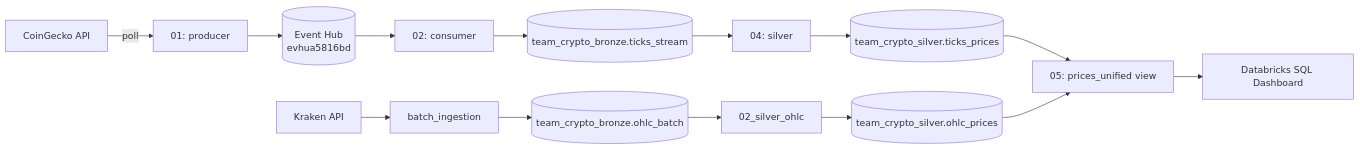
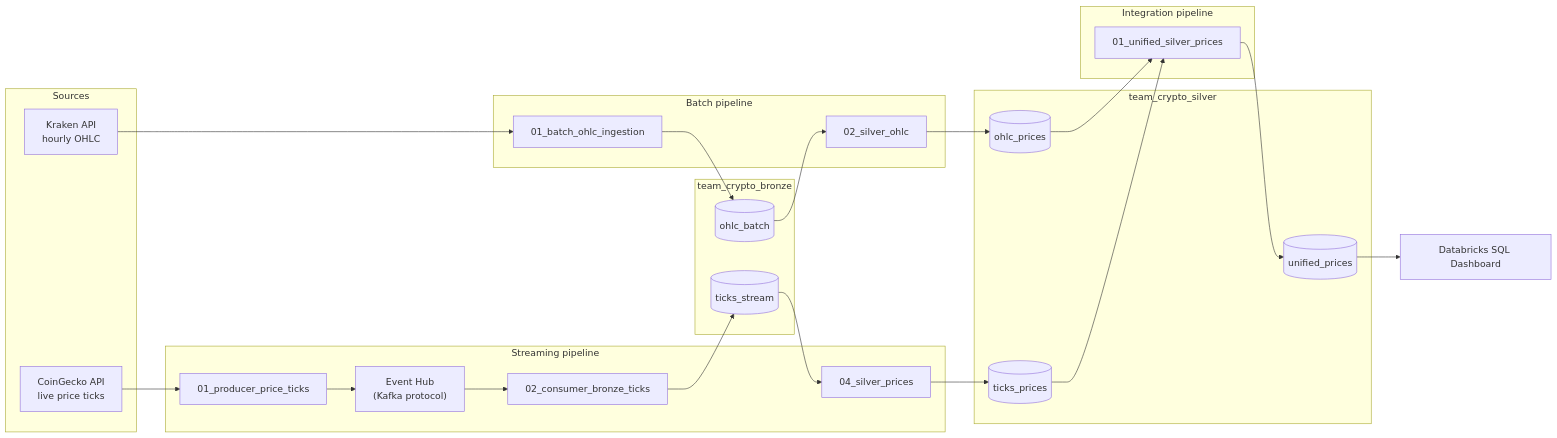
One commit to kkllppll/crypto-demo changed the diagram in README.md. Above: the diagram before and after it, drawn with Mermaid. The commit also changed other lines of this file, not shown here.

````diff
--- a/README.md
+++ b/README.md
@@ -7,18 +7,42 @@
 ```mermaid
 flowchart LR
-    CG[CoinGecko API] -->|poll| P[01: producer]
-    P --> EH[(Event Hub<br/>evhua5816bd)]
-    EH --> C[02: consumer]
-    C --> BT[(team_crypto_bronze.ticks_stream)]
-    BT --> S[04: silver]
-    S --> ST[(team_crypto_silver.ticks_prices)]
+    subgraph Sources
+        A1[Kraken API<br/>hourly OHLC]
+        A2[CoinGecko API<br/>live price ticks]
+    end
 
-    K[Kraken API] --> B[batch_ingestion]
-    B --> BB[(team_crypto_bronze.ohlc_batch)]
-    BB --> SB[02_silver_ohlc]
-    SB --> SO[(team_crypto_silver.ohlc_prices)]
+    subgraph Batch["Batch pipeline"]
+        B1[01_batch_ohlc_ingestion]
+        B2[02_silver_ohlc]
+    end
 
-    ST --> UV[05: prices_unified view]
-    SO --> UV
-    UV --> DB[Databricks SQL Dashboard]
+    subgraph Streaming["Streaming pipeline"]
+        S1[01_producer_price_ticks]
+        S2["Event Hub<br/>(Kafka protocol)"]
+        S3[02_consumer_bronze_ticks]
+        S4[04_silver_prices]
+    end
+
+    subgraph Bronze["team_crypto_bronze"]
+        BR1[(ohlc_batch)]
+        BR2[(ticks_stream)]
+    end
+
+    subgraph Silver["team_crypto_silver"]
+        SV1[(ohlc_prices)]
+        SV2[(ticks_prices)]
+        SV3[(unified_prices)]
+    end
+
+    subgraph Integration["Integration pipeline"]
+        I1[01_unified_silver_prices]
+    end
+
+    A1 --> B1 --> BR1 --> B2 --> SV1
+    A2 --> S1 --> S2 --> S3 --> BR2 --> S4 --> SV2
+
+    SV1 --> I1
+    SV2 --> I1
+    I1 --> SV3
+    SV3 --> D[Databricks SQL Dashboard]
 ```
````
